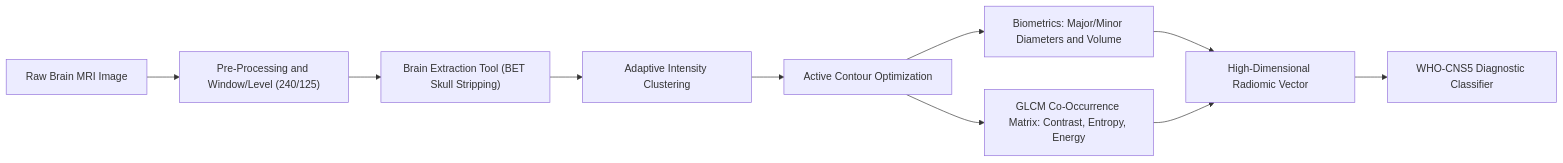
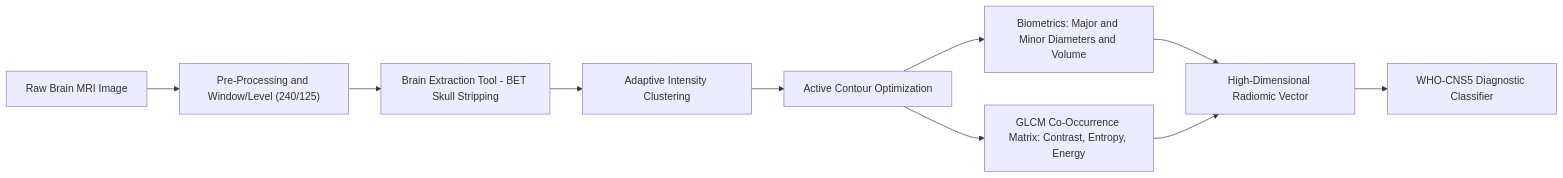
One commit to kailash6207/Brain_Tumor changed the third of 5 diagrams in README.md. Above: the diagram before and after it, drawn with Mermaid. The commit also changed other lines of this file, not shown here.

Commit message:
docs: remove classDef rgba rules for universal Mermaid compatibility

````diff
--- a/README.md
+++ b/README.md
@@ -118,12 +118,12 @@
 ```mermaid
 flowchart LR
     RAW["Raw Brain MRI Image"] --> PRE["Pre-Processing and Window/Level (240/125)"]
-    PRE --> BET["Brain Extraction Tool (BET Skull Stripping)"]
+    PRE --> BET["Brain Extraction Tool - BET Skull Stripping"]
     BET --> SEED["Adaptive Intensity Clustering"]
     SEED --> SNAKE["Active Contour Optimization"]
-    SNAKE --> METRICS["Biometrics: Major/Minor Diameters and Volume"]
+    SNAKE --> METRICS["Biometrics: Major and Minor Diameters and Volume"]
     SNAKE --> GLCM["GLCM Co-Occurrence Matrix: Contrast, Entropy, Energy"]
     METRICS --> FEAT_VEC["High-Dimensional Radiomic Vector"]
     GLCM --> FEAT_VEC
     FEAT_VEC --> WHO_MATCH["WHO-CNS5 Diagnostic Classifier"]
 ```
````
